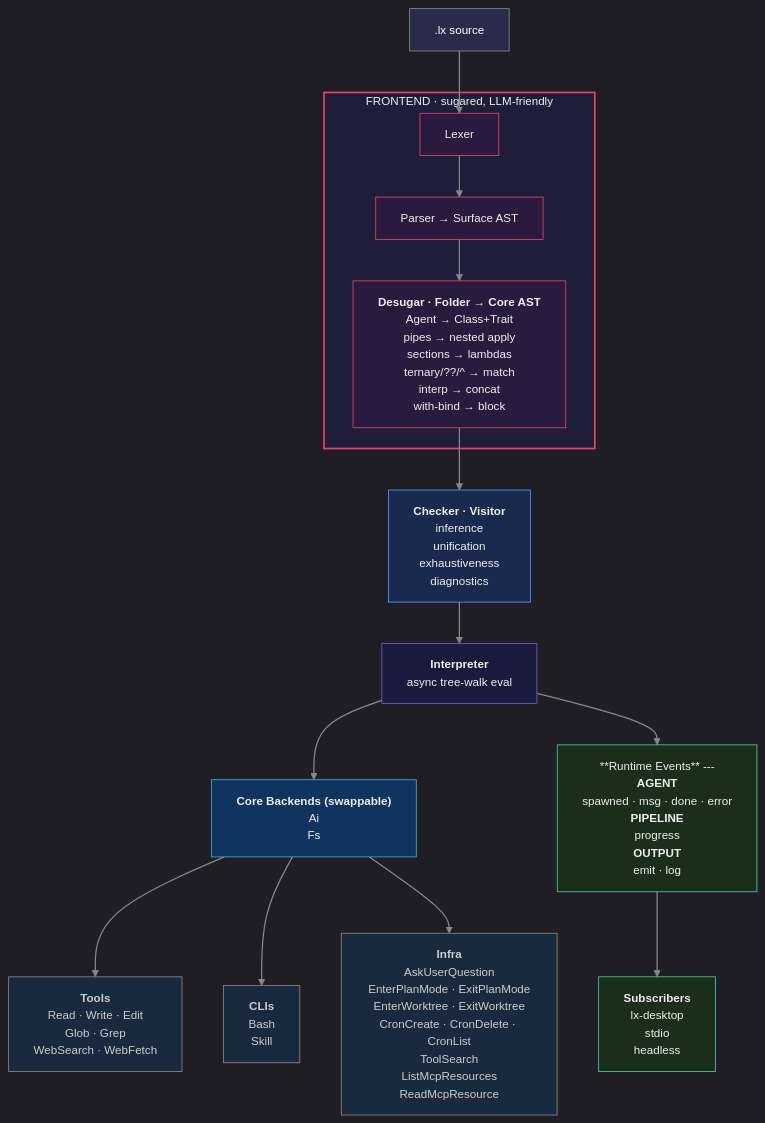
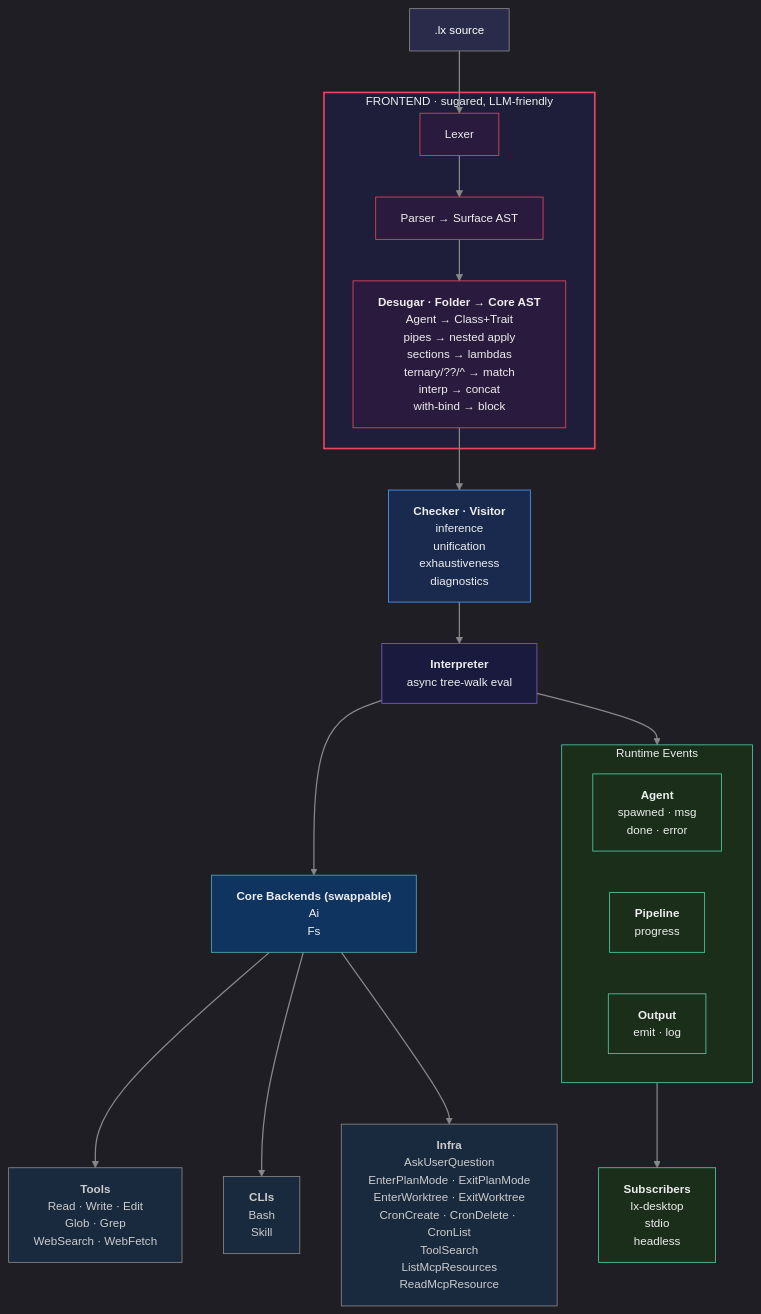
One commit to Distortedlogic/lx changed the diagram in DIAGRAM.mmd. Above: the diagram before and after it, drawn with Mermaid. The commit also changed 173 other files, not shown here.

Commit message:
Update DIAGRAM.mmd, DIAGRAM.png, tailwind.css, and 171 more files

```diff
--- a/DIAGRAM.mmd
+++ b/DIAGRAM.mmd
@@ -1,73 +1,80 @@
 %%{init: {'theme': 'dark', 'themeVariables': {'primaryColor': '#2a2a4a', 'primaryTextColor': '#e0e0e0', 'primaryBorderColor': '#555', 'lineColor': '#888', 'fontSize': '14px', 'fontFamily': 'monospace'}}}%%
 
 graph TD
     source[".lx source"]
 
     subgraph FRONTEND ["FRONTEND · sugared, LLM-friendly"]
         lexer["Lexer"] --> parser["Parser → Surface AST"]
         parser --> desugar["`**Desugar · Folder → Core AST**
 Agent → Class+Trait
 pipes → nested apply
 sections → lambdas
 ternary/??/^ → match
 interp → concat
 with-bind → block`"]
     end
 
     source --> lexer
     desugar --> checker["`**Checker · Visitor**
 inference
 unification
 exhaustiveness
 diagnostics`"]
     checker --> interpreter["`**Interpreter**
 async tree-walk eval`"]
 
     interpreter --> backends["`**Core Backends (swappable)**
 Ai
 Fs`"]
-    interpreter --> events["`**Runtime Events**
----
-**AGENT**
-spawned · msg · done · error
-**PIPELINE**
-progress
-**OUTPUT**
+
+    interpreter --> events
+
+    subgraph events ["Runtime Events"]
+        evt_agent["`**Agent**
+spawned · msg
+done · error`"]
+        evt_pipeline["`**Pipeline**
+progress`"]
+        evt_output["`**Output**
 emit · log`"]
+    end
 
     backends --> tools["`**Tools**
 Read · Write · Edit
 Glob · Grep
 WebSearch · WebFetch`"]
     backends --> clis["`**CLIs**
 Bash
 Skill`"]
     backends --> infra["`**Infra**
 AskUserQuestion
 EnterPlanMode · ExitPlanMode
 EnterWorktree · ExitWorktree
 CronCreate · CronDelete · CronList
 ToolSearch
 ListMcpResources
 ReadMcpResource`"]
 
     events --> subs["`**Subscribers**
 lx-desktop
 stdio
 headless`"]
 
     style FRONTEND fill:#1e1e3a,stroke:#e94560,color:#eee,stroke-width:2px
     style source fill:#2a2a4a,stroke:#888,color:#fff
     style lexer fill:#2a1a3e,stroke:#e94560,color:#eee
     style parser fill:#2a1a3e,stroke:#e94560,color:#eee
     style desugar fill:#2a1a3e,stroke:#e94560,color:#eee
     style checker fill:#1a2a4e,stroke:#4a9eff,color:#eee
     style interpreter fill:#1a1a3e,stroke:#7c5cbf,color:#eee
     style backends fill:#0f3460,stroke:#53a8b6,color:#eee
     style tools fill:#1a2a3e,stroke:#888,color:#ccc
     style clis fill:#1a2a3e,stroke:#888,color:#ccc
     style infra fill:#1a2a3e,stroke:#888,color:#ccc
     style events fill:#1a2e1a,stroke:#4ecca3,color:#eee
+    style evt_agent fill:#1a2e1a,stroke:#4ecca3,color:#eee
+    style evt_pipeline fill:#1a2e1a,stroke:#4ecca3,color:#eee
+    style evt_output fill:#1a2e1a,stroke:#4ecca3,color:#eee
     style subs fill:#1a2e1a,stroke:#4ecca3,color:#eee
 
     linkStyle default stroke:#888,stroke-width:1.5px
```
